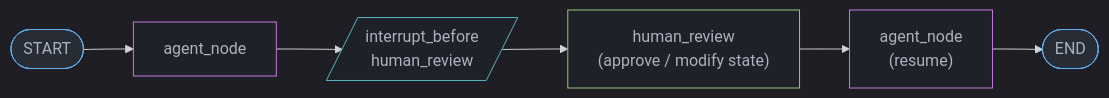
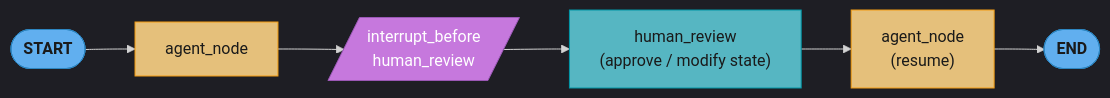
The third of 6 diagrams in src/main/java/com/rutik/systemdesign/llm/agentic_frameworks/langgraph.md (rppol/system-design), drawn with Mermaid before and after one commit. The commit also changed other lines of this file and 88 other files, not shown here.

````diff
--- a/src/main/java/com/rutik/systemdesign/llm/agentic_frameworks/langgraph.md
+++ b/src/main/java/com/rutik/systemdesign/llm/agentic_frameworks/langgraph.md
@@ -92,19 +101,22 @@
 ```mermaid
 %%{init: {'flowchart': {'curve': 'basis'}, 'theme': 'dark'}}%%
 flowchart LR
+    classDef io      fill:#61afef,stroke:#2e86c1,color:#1a1a1a,font-weight:bold
+    classDef frozen  fill:#c678dd,stroke:#9b59b6,color:#fff
+    classDef train   fill:#98c379,stroke:#27ae60,color:#1a1a1a
+    classDef mathOp  fill:#d19a66,stroke:#e67e22,color:#1a1a1a,font-weight:bold
+    classDef lossN   fill:#e06c75,stroke:#c0392b,color:#fff,font-weight:bold
+    classDef req     fill:#56b6c2,stroke:#0097a7,color:#1a1a1a
+    classDef base    fill:#e5c07b,stroke:#f39c12,color:#1a1a1a
+
     S([START]) --> AgentNode["agent_node"]
     AgentNode --> Interrupt[/"interrupt_before\nhuman_review"/]
     Interrupt --> Human["human_review\n(approve / modify state)"]
     Human --> AgentNode2["agent_node\n(resume)"]
     AgentNode2 --> E([END])
 
-    classDef io     fill:#282c34,stroke:#61afef,color:#abb2bf
-    classDef llm    fill:#1e2127,stroke:#c678dd,color:#abb2bf
-    classDef proc   fill:#1e2127,stroke:#98c379,color:#abb2bf
-    classDef store  fill:#1e2127,stroke:#56b6c2,color:#abb2bf
-
     class S,E io
-    class AgentNode,AgentNode2 llm
-    class Interrupt store
-    class Human proc
+    class AgentNode,AgentNode2 base
+    class Interrupt frozen
+    class Human req
 ```
````
